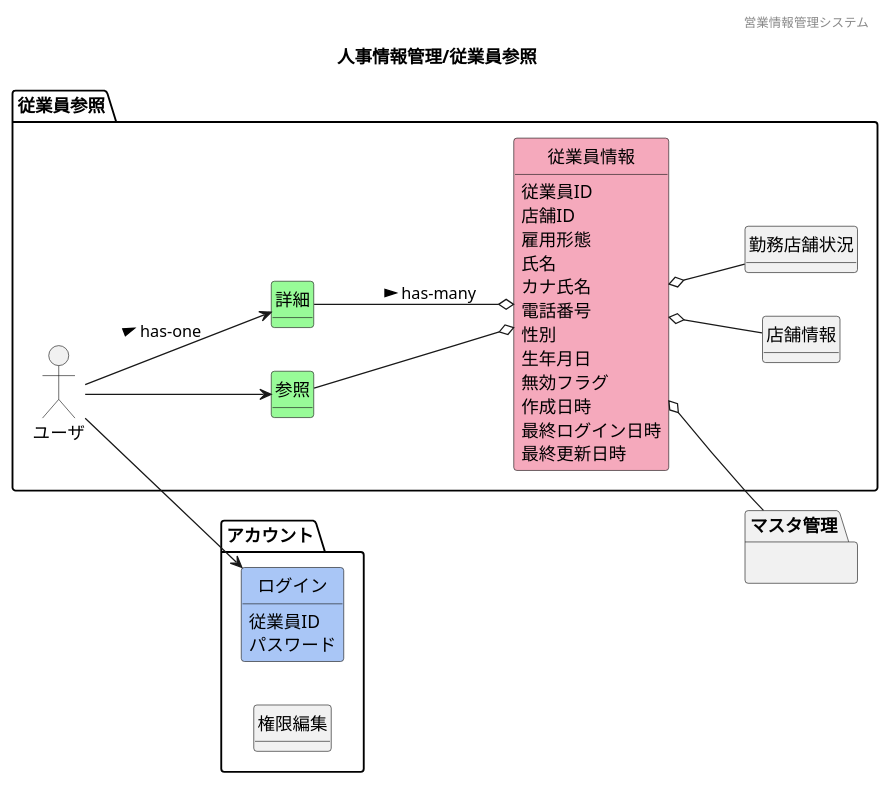
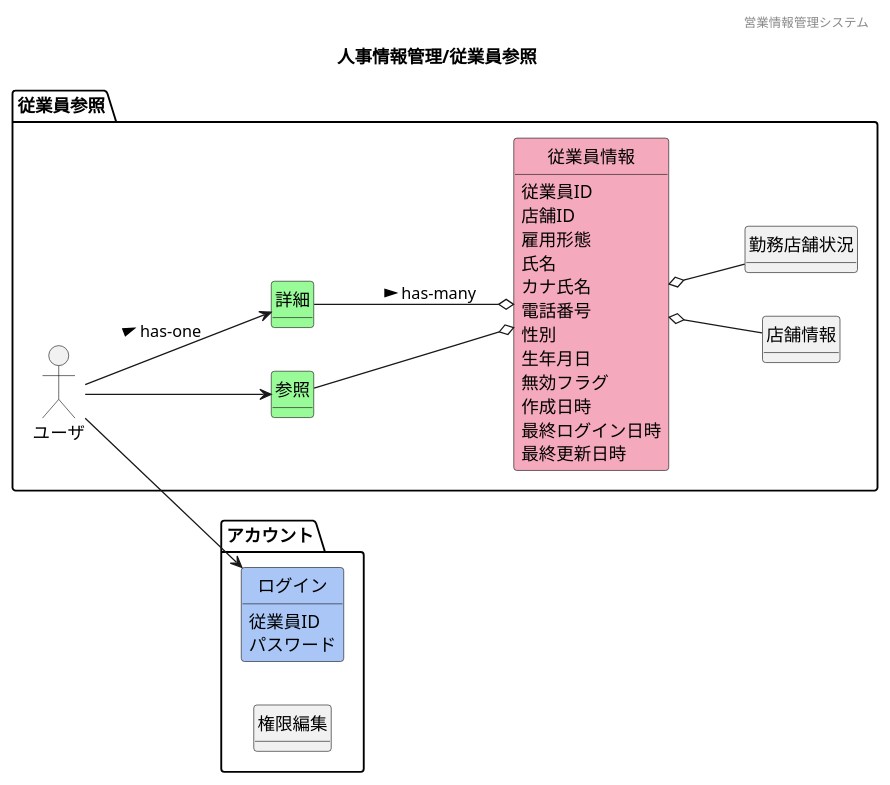
The diagram in 各種設計書/1ドメインモデル図/人事情報管理/F12従業員参照.plantuml (HaruShim/Sotuken), drawn with PlantUML before and after one commit. The commit also changed 7 other files, not shown here.

```diff
--- a/各種設計書/1ドメインモデル図/人事情報管理/F12従業員参照.plantuml
+++ b/各種設計書/1ドメインモデル図/人事情報管理/F12従業員参照.plantuml
@@ -1,68 +1,68 @@
 @startuml images/人事情報管理/従業員参照
 ' ヘッダー
 header 営業情報管理システム
 ' タイトル
 title 人事情報管理/従業員参照
 ' 
 hide circle
 ' 
 hide method
 left to right direction
 
 package "アカウント"{
     class "ログイン" #A9C6F6
     class "権限編集"
 }
 
 package "従業員参照" {
     'ユーザや外部システム
     mix_actor "ユーザ"
     class "参照" #98fb98
     class "詳細" #98fb98
     class "従業員情報" #F5A9BC
     class "店舗情報"
     class "勤務店舗状況"
 }
-    package "マスタ管理"{
-    }
+    ' package "マスタ管理"{
+    ' }
     ' class "" #F5A9BC
     ' class "" #ffd700
 
     'モデル同士の関係
     ユーザ --> 参照
     ユーザ --> 詳細: > has-one
     ユーザ --> ログイン
     参照 --o 従業員情報
     詳細 --o 従業員情報 : > has-many
     従業員情報 o-- 勤務店舗状況
-    従業員情報 o-- マスタ管理
+    ' 従業員情報 o-- マスタ管理
     従業員情報 o-- 店舗情報
 
     'ドメインクラスの属性
     従業員情報 : 従業員ID
     従業員情報 : 店舗ID
     従業員情報 : 雇用形態
     従業員情報 : 氏名
     従業員情報 : カナ氏名
     従業員情報 : 電話番号
     従業員情報 : 性別
     従業員情報 : 生年月日
     従業員情報 : 無効フラグ
     従業員情報 : 作成日時
     従業員情報 : 最終ログイン日時
     従業員情報 : 最終更新日時
     ' 店舗情報 : 店舗名
     ' 店舗情報 : 住所
     ' 店舗情報 : 連絡先
     ' 店舗情報 : 店長
     ' 店舗情報 : 主な従業員
     ' 勤務店舗状況 : 店舗名
     ' 勤務店舗状況 : 従業員数
     ' 勤務店舗状況 : 責任者
     ログイン : 従業員ID
     ログイン : パスワード
 
 
 
 
 @enduml
```
